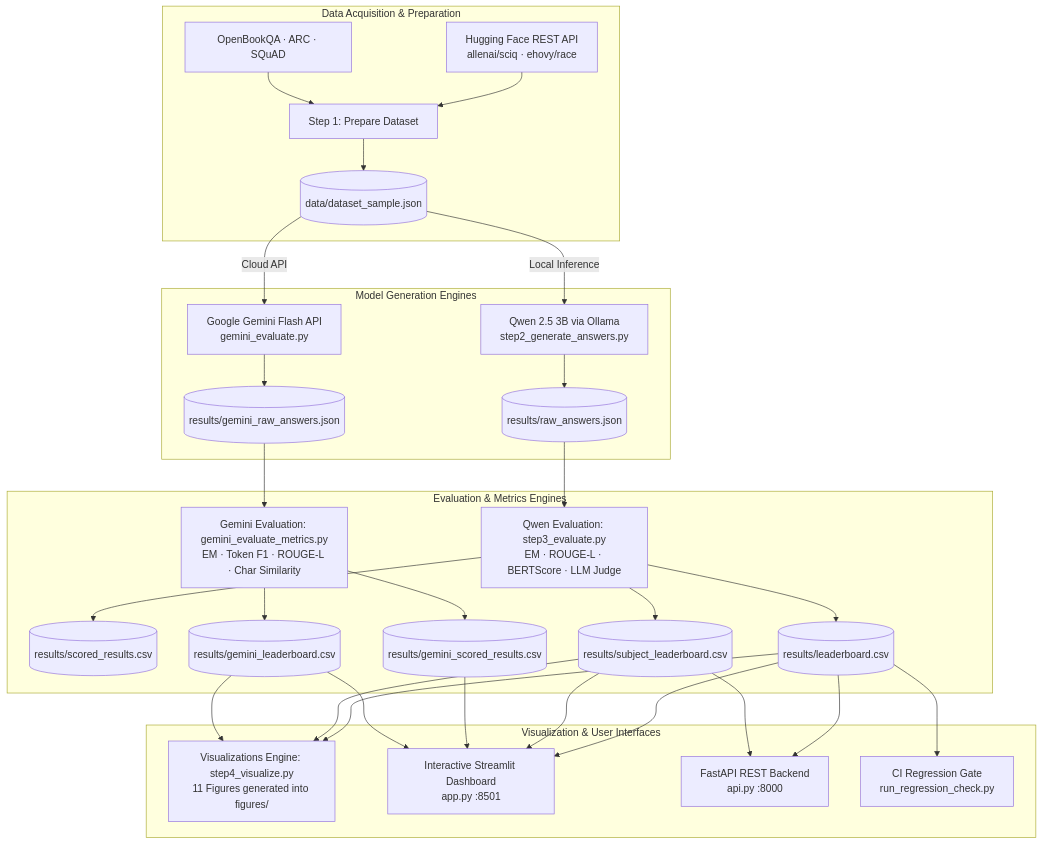
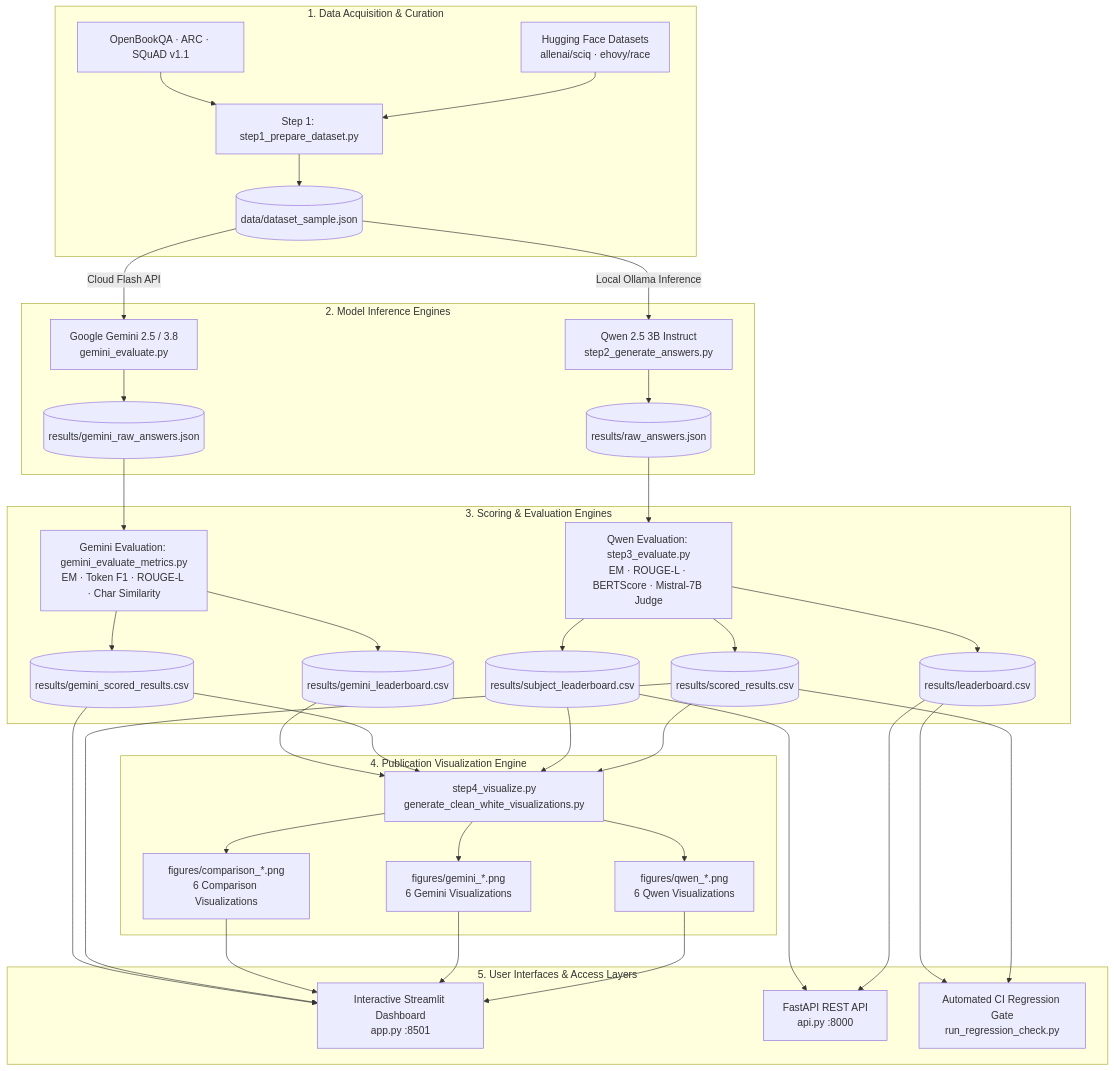
The diagram in README.md (itsankan16/Edulab), drawn with Mermaid before and after one commit. The commit also changed other lines of this file and 27 other files, not shown here.

Commit message:
feat: enforce 18 publication visualizations, update dashboard UI filtering, and overhaul README with multi-model benchmark data

````diff
--- a/README.md
+++ b/README.md
@@ -40,32 +41,38 @@
 ```mermaid
 flowchart TD
-    subgraph "Data Acquisition & Preparation"
-        A1[Hugging Face REST API\nallenai/sciq · ehovy/race] --> B1
-        A2[OpenBookQA · ARC · SQuAD] --> B1
-        B1[Step 1: Prepare Dataset] --> C1[(data/dataset_sample.json)]
+    subgraph "1. Data Acquisition & Curation"
+        A1[Hugging Face Datasets\nallenai/sciq · ehovy/race] --> B1
+        A2[OpenBookQA · ARC · SQuAD v1.1] --> B1
+        B1[Step 1: step1_prepare_dataset.py] --> C1[(data/dataset_sample.json)]
     end
 
-    subgraph "Model Generation Engines"
-        C1 -->|Local Inference| D1[Qwen 2.5 3B via Ollama\nstep2_generate_answers.py]
-        C1 -->|Cloud API| D2[Google Gemini Flash API\ngemini_evaluate.py]
+    subgraph "2. Model Inference Engines"
+        C1 -->|Local Ollama Inference| D1[Qwen 2.5 3B Instruct\nstep2_generate_answers.py]
+        C1 -->|Cloud Flash API| D2[Google Gemini 2.5 / 3.8\ngemini_evaluate.py]
         D1 --> E1[(results/raw_answers.json)]
         D2 --> E2[(results/gemini_raw_answers.json)]
     end
 
-    subgraph "Evaluation & Metrics Engines"
-        E1 --> F1[Qwen Evaluation: step3_evaluate.py\nEM · ROUGE-L · BERTScore · LLM Judge]
+    subgraph "3. Scoring & Evaluation Engines"
+        E1 --> F1[Qwen Evaluation: step3_evaluate.py\nEM · ROUGE-L · BERTScore · Mistral-7B Judge]
         E2 --> F2[Gemini Evaluation: gemini_evaluate_metrics.py\nEM · Token F1 · ROUGE-L · Char Similarity]
         F1 --> G1[(results/scored_results.csv)]
         F1 --> G2[(results/leaderboard.csv)]
         F1 --> G3[(results/subject_leaderboard.csv)]
         F2 --> G4[(results/gemini_scored_results.csv)]
         F2 --> G5[(results/gemini_leaderboard.csv)]
     end
 
-    subgraph "Visualization & User Interfaces"
-        G2 & G3 & G5 --> H1[Visualizations Engine: step4_visualize.py\n11 Figures generated into figures/]
-        G2 & G3 & G4 & G5 --> H2[Interactive Streamlit Dashboard\napp.py :8501]
-        G2 & G3 --> H3[FastAPI REST Backend\napi.py :8000]
-        G2 --> H4[CI Regression Gate\nrun_regression_check.py]
+    subgraph "4. Publication Visualization Engine"
+        G1 & G3 & G4 & G5 --> H1[step4_visualize.py\ngenerate_clean_white_visualizations.py]
+        H1 --> V1[figures/qwen_*.png\n6 Qwen Visualizations]
+        H1 --> V2[figures/gemini_*.png\n6 Gemini Visualizations]
+        H1 --> V3[figures/comparison_*.png\n6 Comparison Visualizations]
+    end
+
+    subgraph "5. User Interfaces & Access Layers"
+        V1 & V2 & V3 & G1 & G4 --> I1[Interactive Streamlit Dashboard\napp.py :8501]
+        G2 & G3 --> I2[FastAPI REST API\napi.py :8000]
+        G1 & G2 --> I3[Automated CI Regression Gate\nrun_regression_check.py]
     end
 ```
````
